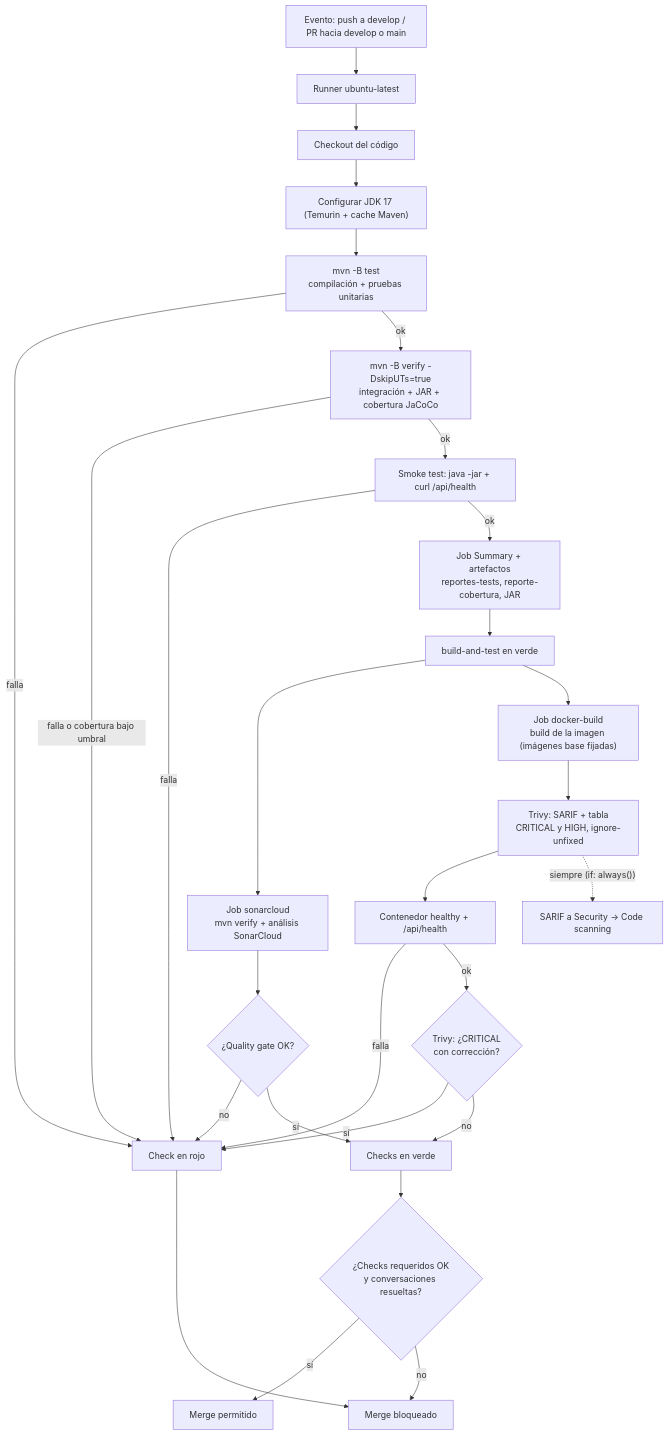
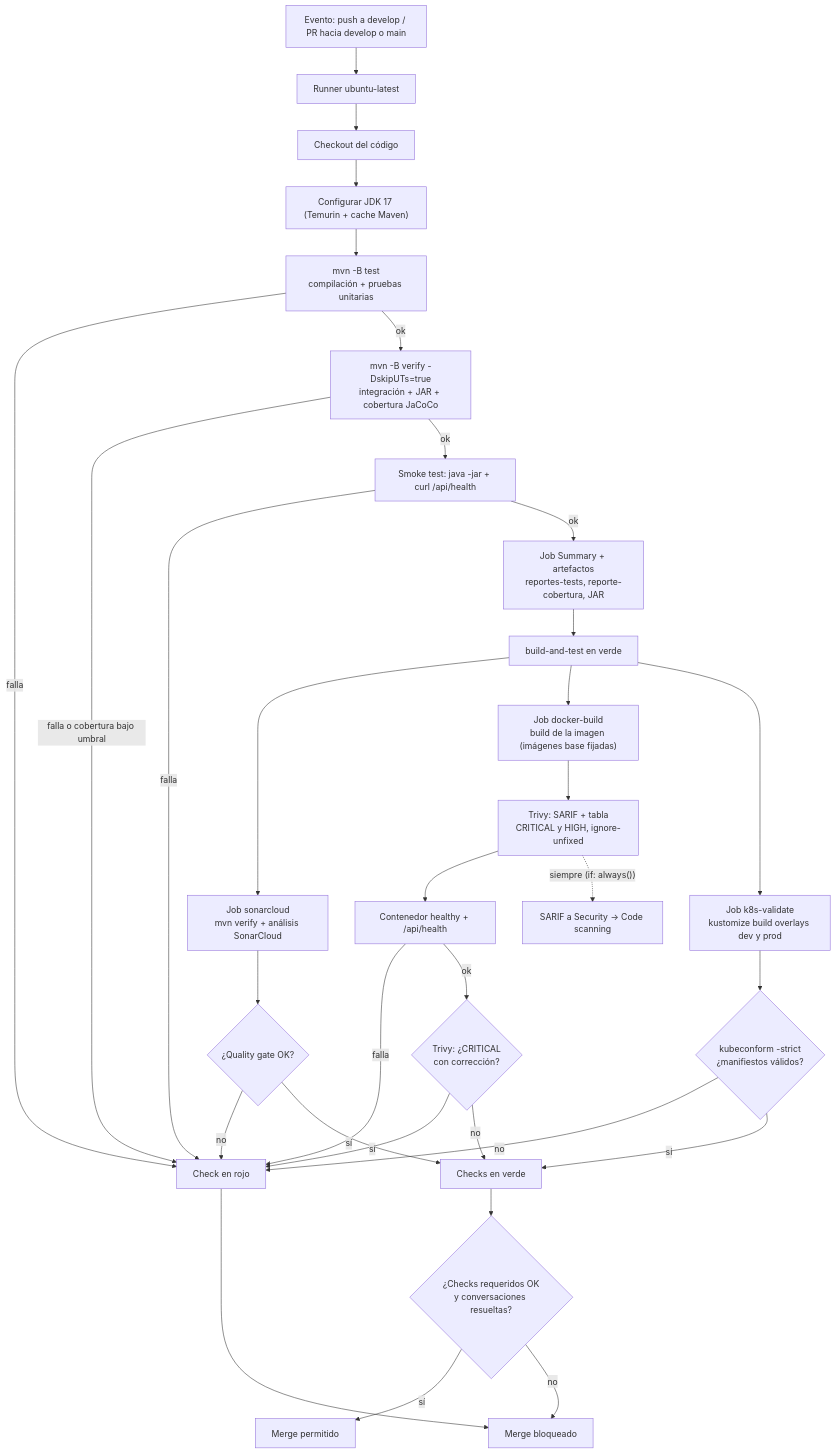
The second of 2 diagrams in docs/workflow.md (DGomezPalacios/charmeetchic_api), drawn with Mermaid before and after one commit. The commit also changed other lines of this file and 2 other files, not shown here.

````diff
--- a/docs/workflow.md
+++ b/docs/workflow.md
@@ -69,30 +69,34 @@
 ```mermaid
 flowchart TD
     A["Evento: push a develop / PR hacia develop o main"] --> B["Runner ubuntu-latest"]
     B --> C["Checkout del código"]
     C --> D["Configurar JDK 17 (Temurin + cache Maven)"]
     D --> E["mvn -B test<br/>compilación + pruebas unitarias"]
     E -->|falla| X["Check en rojo"]
     E -->|ok| E2["mvn -B verify -DskipUTs=true<br/>integración + JAR + cobertura JaCoCo"]
     E2 -->|"falla o cobertura bajo umbral"| X
     E2 -->|ok| F["Smoke test: java -jar + curl /api/health"]
     F -->|falla| X
     F -->|ok| G["Job Summary + artefactos<br/>reportes-tests, reporte-cobertura, JAR"]
     G --> H["build-and-test en verde"]
     H --> S1["Job sonarcloud<br/>mvn verify + análisis SonarCloud"]
     H --> D1["Job docker-build<br/>build de la imagen (imágenes base fijadas)"]
+    H --> K1["Job k8s-validate<br/>kustomize build overlays dev y prod"]
+    K1 --> K2{"kubeconform -strict<br/>¿manifiestos válidos?"}
+    K2 -->|no| X
+    K2 -->|sí| H2
     S1 --> S2{"¿Quality gate OK?"}
     S2 -->|no| X
     S2 -->|sí| H2["Checks en verde"]
     D1 --> T1["Trivy: SARIF + tabla<br/>CRITICAL y HIGH, ignore-unfixed"]
     T1 --> D2["Contenedor healthy + /api/health"]
     D2 -->|falla| X
     D2 -->|ok| T2{"Trivy: ¿CRITICAL<br/>con corrección?"}
     T2 -->|sí| X
     T2 -->|no| H2
     T1 -.->|"siempre (if: always())"| SA["SARIF a Security → Code scanning"]
     H2 --> I{"¿Checks requeridos OK<br/>y conversaciones resueltas?"}
     I -->|sí| J["Merge permitido"]
     I -->|no| K["Merge bloqueado"]
     X --> K
 ```
````
